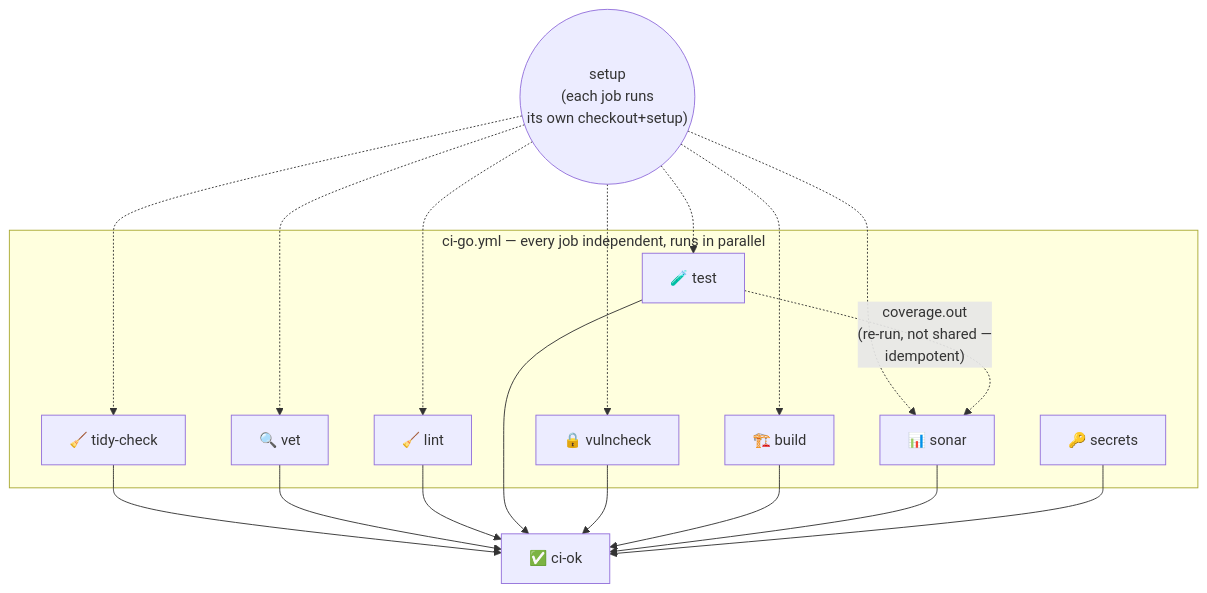
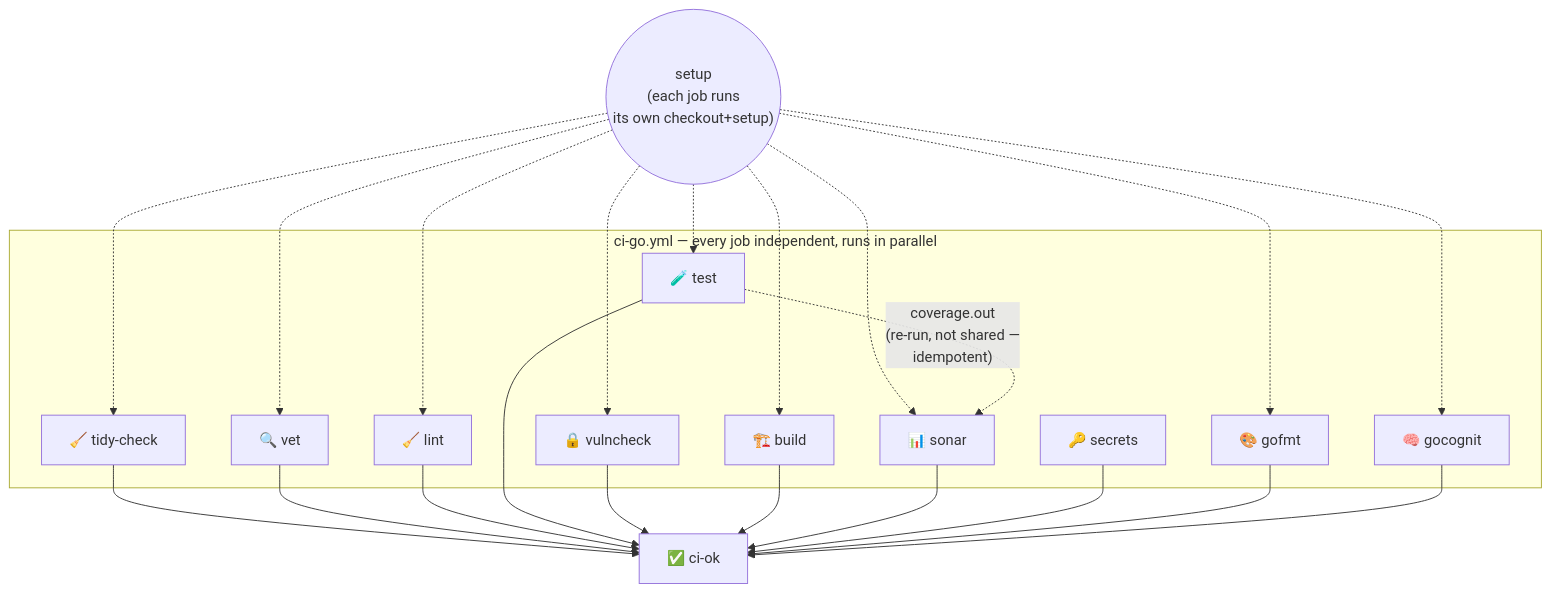
Before and after one commit to devidence-dev/workflows: the fourth of 4 diagrams in README.md, drawn with Mermaid. The commit also changed other lines of this file and 1 other file, not shown here.

First line of the commit message:
feat(ci): add gofmt and gocognit checks to CI workflow

````diff
--- a/README.md
+++ b/README.md
@@ -188,18 +188,20 @@
 ```mermaid
 flowchart TB
     subgraph "ci-go.yml — every job independent, runs in parallel"
         T[🧹 tidy-check]
         V[🔍 vet]
         L[🧹 lint]
         TE[🧪 test]
         VU[🔒 vulncheck]
         B[🏗️ build]
         S[📊 sonar]
         SE[🔑 secrets]
+        GF[🎨 gofmt]
+        GC[🧠 gocognit]
     end
     OK[✅ ci-ok]
     Setup(("setup<br/>(each job runs<br/>its own checkout+setup)"))
-    Setup -.-> T & V & L & TE & VU & B & S
+    Setup -.-> T & V & L & TE & VU & B & S & GF & GC
     TE -. "coverage.out<br/>(re-run, not shared —<br/>idempotent)" .-> S
-    T & V & L & TE & VU & B & S & SE --> OK
+    T & V & L & TE & VU & B & S & SE & GF & GC --> OK
 ```
````
